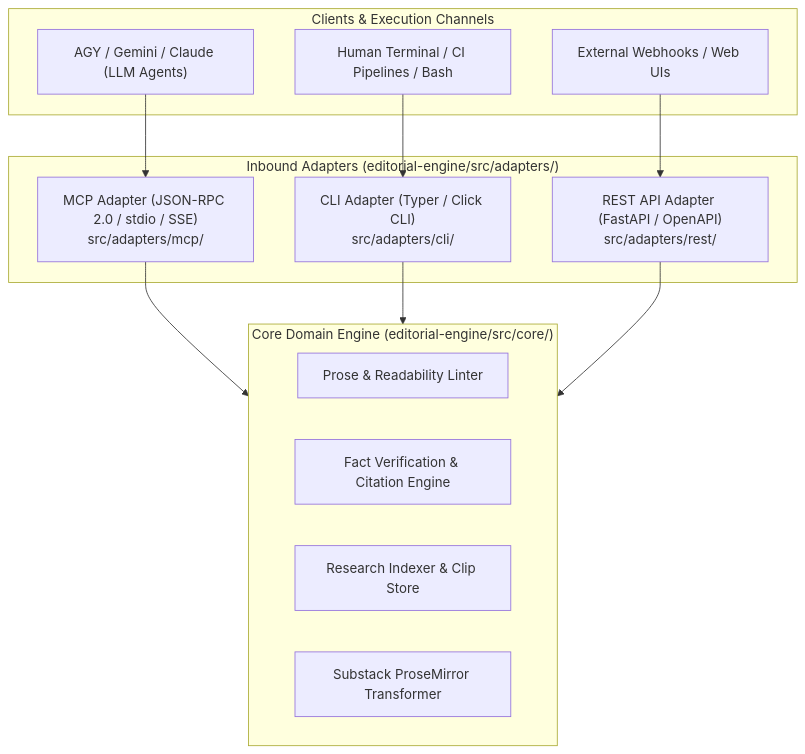
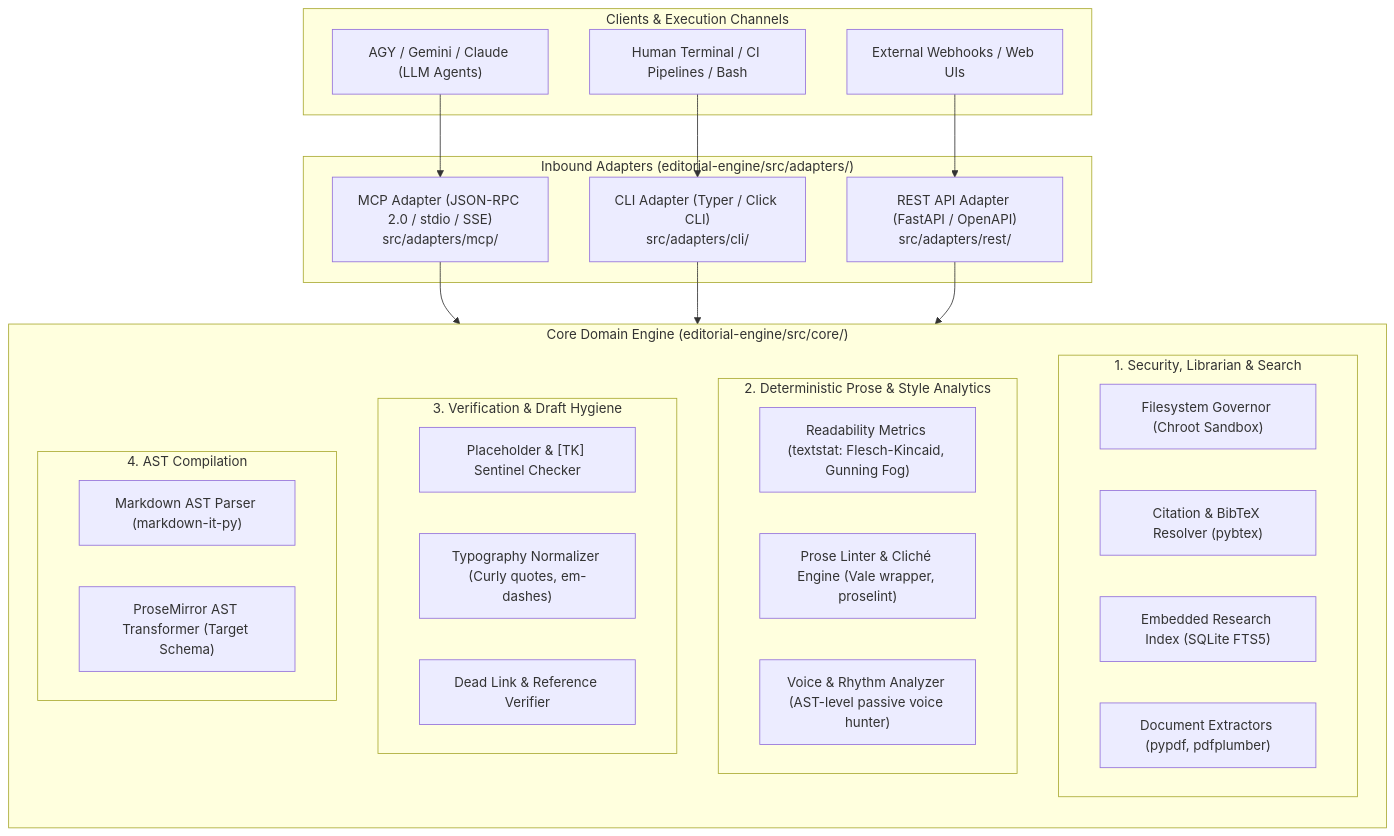
Before and after one commit to mnaatjes/editorial-engine: the second of 3 diagrams in architecture/rfcs/0001_multi_plane_repository_topology.md, drawn with Mermaid. The commit also changed other lines of this file, not shown here.

````diff
--- a/architecture/rfcs/0001_multi_plane_repository_topology.md
+++ b/architecture/rfcs/0001_multi_plane_repository_topology.md
@@ -89,29 +100,49 @@
 ```mermaid
 flowchart TD
     subgraph Clients["Clients & Execution Channels"]
         LLM["AGY / Gemini / Claude (LLM Agents)"]
         Human["Human Terminal / CI Pipelines / Bash"]
         WebHook["External Webhooks / Web UIs"]
     end
 
     subgraph Adapters["Inbound Adapters (editorial-engine/src/adapters/)"]
         MCPAdapter["MCP Adapter (JSON-RPC 2.0 / stdio / SSE)\nsrc/adapters/mcp/"]
         CLIAdapter["CLI Adapter (Typer / Click CLI)\nsrc/adapters/cli/"]
         RESTAdapter["REST API Adapter (FastAPI / OpenAPI)\nsrc/adapters/rest/"]
     end
 
     subgraph CoreEngine["Core Domain Engine (editorial-engine/src/core/)"]
-        Linter["Prose & Readability Linter"]
-        FactCheck["Fact Verification & Citation Engine"]
-        Research["Research Indexer & Clip Store"]
-        Publisher["Substack ProseMirror Transformer"]
+        direction TB
+        subgraph ModLibrarian["1. Security, Librarian & Search"]
+            FS["Filesystem Governor (Chroot Sandbox)"]
+            Bib["Citation & BibTeX Resolver (pybtex)"]
+            Search["Embedded Research Index (SQLite FTS5)"]
+            Doc["Document Extractors (pypdf, pdfplumber)"]
+        end
+
+        subgraph ModLinters["2. Deterministic Prose & Style Analytics"]
+            Stats["Readability Metrics (textstat: Flesch-Kincaid, Gunning Fog)"]
+            Style["Prose Linter & Cliché Engine (Vale wrapper, proselint)"]
+            Passive["Voice & Rhythm Analyzer (AST-level passive voice hunter)"]
+        end
+
+        subgraph ModHygiene["3. Verification & Draft Hygiene"]
+            TK["Placeholder & [TK] Sentinel Checker"]
+            Typo["Typography Normalizer (Curly quotes, em-dashes)"]
+            Links["Dead Link & Reference Verifier"]
+        end
+
+        subgraph ModCompiler["4. AST Compilation"]
+            AST["Markdown AST Parser (markdown-it-py)"]
+            ProseMirror["ProseMirror AST Transformer (Target Schema)"]
+        end
     end
 
     LLM --> MCPAdapter
     Human --> CLIAdapter
     WebHook --> RESTAdapter
 
     MCPAdapter --> CoreEngine
     CLIAdapter --> CoreEngine
     RESTAdapter --> CoreEngine
 ```
````
